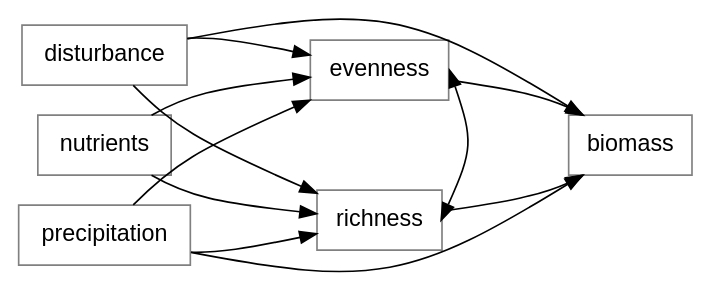
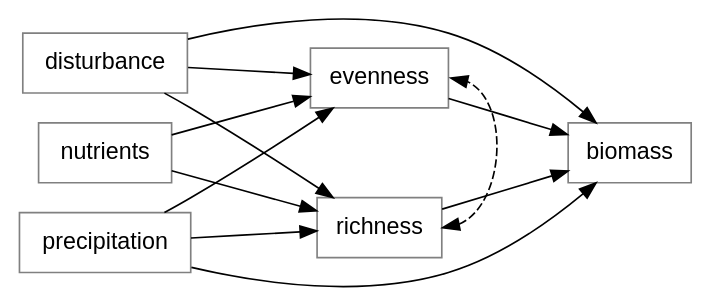
Diagram 26 of 27 in 5_Slides/Intro_to_SEM_part1.qmd (pennekampster/Swiss_SEM), drawn with Graphviz before and after one commit. The commit also changed other lines of this file and 1 other file, not shown here.

````diff
--- a/5_Slides/Intro_to_SEM_part1.qmd
+++ b/5_Slides/Intro_to_SEM_part1.qmd
@@ -1518,34 +1528,34 @@
 ```{dot}
 //| fig-width: 6
 digraph  {
 
    # a 'graph' statement
-  graph [overlap = false, fontsize = 10, rankdir = LR, ranksep=1, splines=curved]
+  graph [overlap = false, fontsize = 10, rankdir = LR, ranksep=1]
 
   # several 'node' statements
   node [shape = box,
         fontname = Helvetica, color="gray"]
   
         evenness, richness;
         nutrients;
         disturbance;
         precipitation;
 
     disturbance->richness;
     disturbance->evenness;
     nutrients->richness;
     nutrients->evenness;
     precipitation->richness;
     precipitation->evenness;
     disturbance -> biomass;
     precipitation -> biomass;
 
-    evenness:e-> richness:e [dir=both; minlen=3] ;
+    evenness:e-> richness:e [dir=both; minlen=3, style="dashed"] ;
 
     evenness->biomass ;
     richness->biomass ;
   
- { rank="same"; nutrients; disturbance}
+ { rank="same"; nutrients; disturbance; precipitation}
  { rank="same"; evenness; richness}
 }
 ```
````
